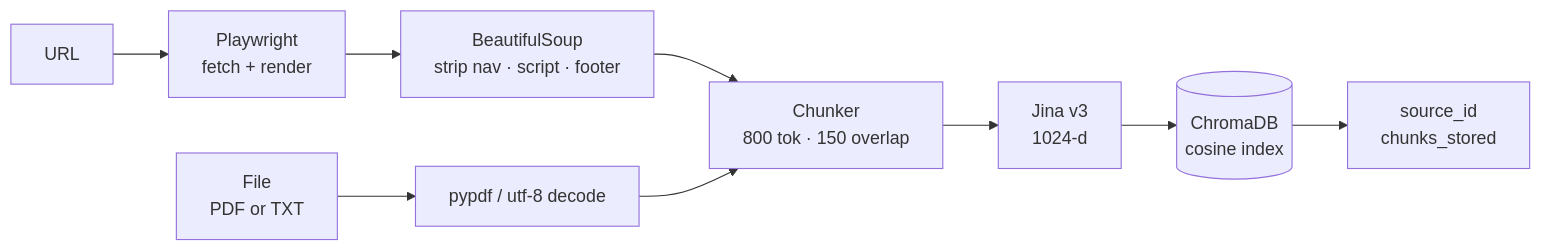
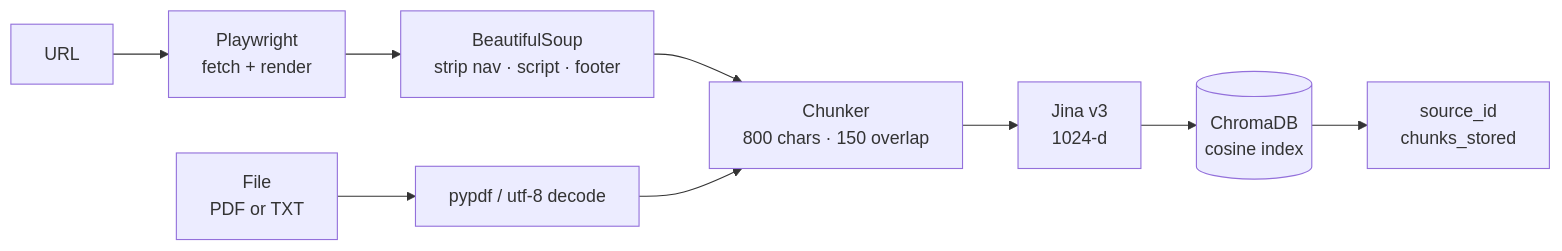
The second of 4 diagrams in README.md (Abhishek-k03/Scrybe), drawn with Mermaid before and after one commit. The commit also changed other lines of this file, not shown here.

First line of the commit message:
README: chunker is chars, not tokens

````diff
--- a/README.md
+++ b/README.md
@@ -54,11 +54,11 @@
 ```mermaid
 flowchart LR
     URL["URL"] --> PW["Playwright<br/>fetch + render"]
     PW --> BS["BeautifulSoup<br/>strip nav · script · footer"]
     FILE["File<br/>PDF or TXT"] --> PARSE["pypdf / utf-8 decode"]
     BS --> CHUNK
-    PARSE --> CHUNK["Chunker<br/>800 tok · 150 overlap"]
+    PARSE --> CHUNK["Chunker<br/>800 chars · 150 overlap"]
     CHUNK --> EMBED["Jina v3<br/>1024-d"]
     EMBED --> STORE[("ChromaDB<br/>cosine index")]
     STORE --> OUT["source_id<br/>chunks_stored"]
 ```
````
